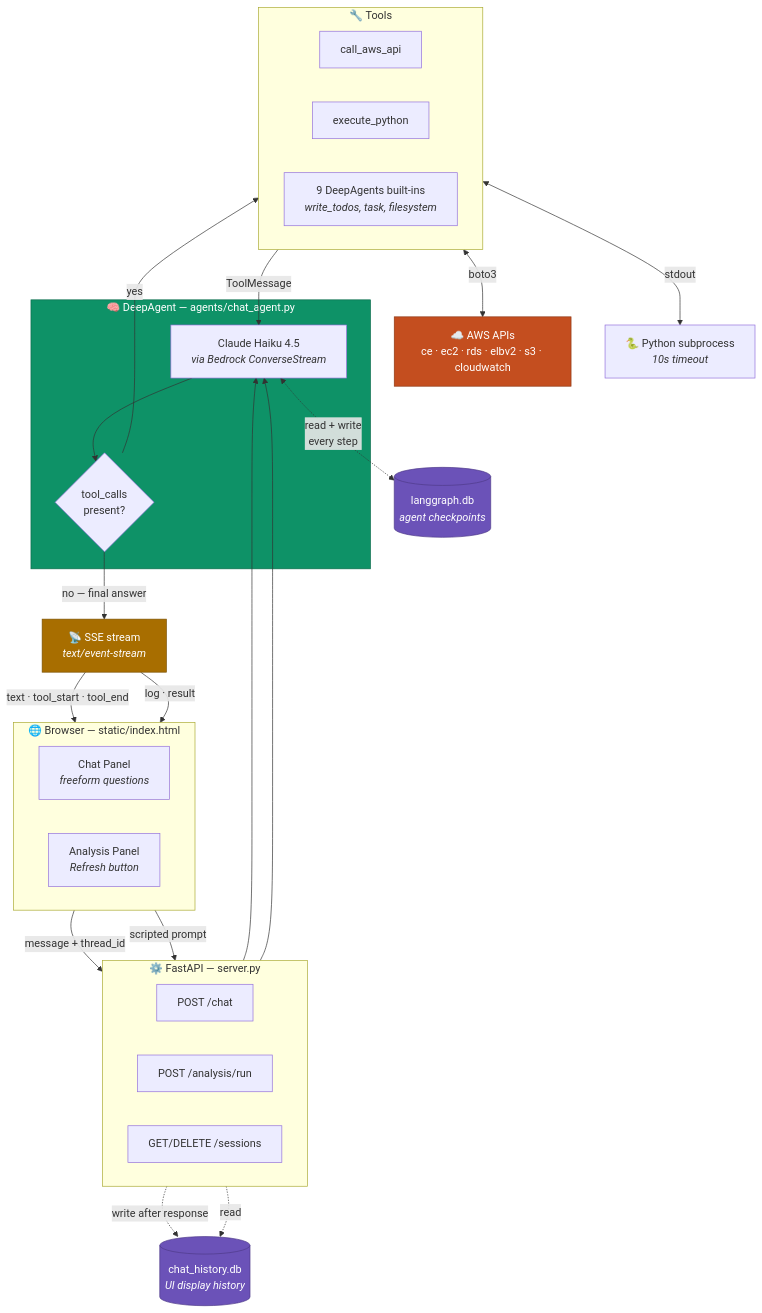
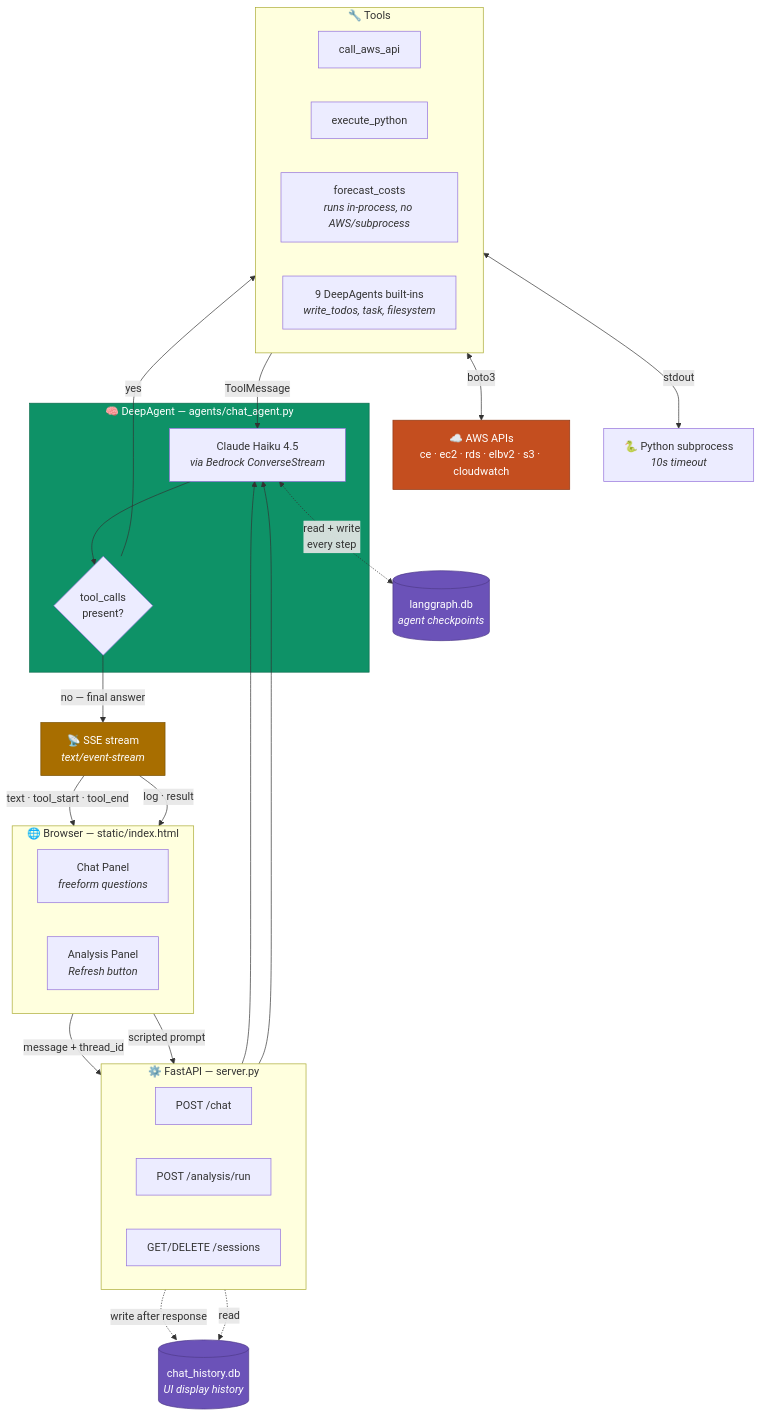
One commit to j-jayasuriyan/cloud_cost_deepagent changed the second of 8 diagrams in documentation/Architecture.md. Above: the diagram before and after it, drawn with Mermaid. The commit also changed other lines of this file and 7 other files, not shown here.

````diff
--- a/documentation/Architecture.md
+++ b/documentation/Architecture.md
@@ -83,60 +83,61 @@
 ```mermaid
 flowchart TB
     subgraph BROWSER["🌐 Browser — static/index.html"]
         direction LR
         CHATUI["Chat Panel<br/><i>freeform questions</i>"]
         PANELUI["Analysis Panel<br/><i>Refresh button</i>"]
     end
 
     subgraph SERVER["⚙️ FastAPI — server.py"]
         direction LR
         RCHAT["POST /chat"]
         RANA["POST /analysis/run"]
         RSESS["GET/DELETE /sessions"]
     end
 
     subgraph AGENT["🧠 DeepAgent — agents/chat_agent.py"]
         LLM["Claude Haiku 4.5<br/><i>via Bedrock ConverseStream</i>"]
         LOOP{"tool_calls<br/>present?"}
     end
 
     subgraph TOOLS["🔧 Tools"]
         direction LR
         AWSAPI["call_aws_api"]
         PYEXEC["execute_python"]
+        FORECAST["forecast_costs<br/><i>runs in-process, no AWS/subprocess</i>"]
         BUILTIN["9 DeepAgents built-ins<br/><i>write_todos, task, filesystem</i>"]
     end
 
     AWS["☁️ AWS APIs<br/>ce · ec2 · rds · elbv2 · s3 · cloudwatch"]
     SUBPROC["🐍 Python subprocess<br/><i>10s timeout</i>"]
 
     LGDB[("langgraph.db<br/><i>agent checkpoints</i>")]
     CHDB[("chat_history.db<br/><i>UI display history</i>")]
 
     CHATUI -->|"message + thread_id"| RCHAT
     PANELUI -->|"scripted prompt"| RANA
     RCHAT --> LLM
     RANA --> LLM
 
     LLM --> LOOP
     LOOP -->|"yes"| TOOLS
     TOOLS -->|"ToolMessage"| LLM
     LOOP -->|"no — final answer"| SSE
 
     AWSAPI <-->|"boto3"| AWS
     PYEXEC <-->|"stdout"| SUBPROC
 
     LLM <-.->|"read + write<br/>every step"| LGDB
     RCHAT -.->|"write after response"| CHDB
     RSESS -.->|"read"| CHDB
 
     SSE["📡 SSE stream<br/><i>text/event-stream</i>"]
     SSE -->|"text · tool_start · tool_end"| CHATUI
     SSE -->|"log · result"| PANELUI
 
     style AGENT fill:#0e9267,stroke:#0a6b4c,color:#fff
     style AWS fill:#c44e1f,stroke:#8f3814,color:#fff
     style LGDB fill:#6b52b8,stroke:#4e3a8a,color:#fff
     style CHDB fill:#6b52b8,stroke:#4e3a8a,color:#fff
     style SSE fill:#a86e00,stroke:#7a5000,color:#fff
 ```
````
